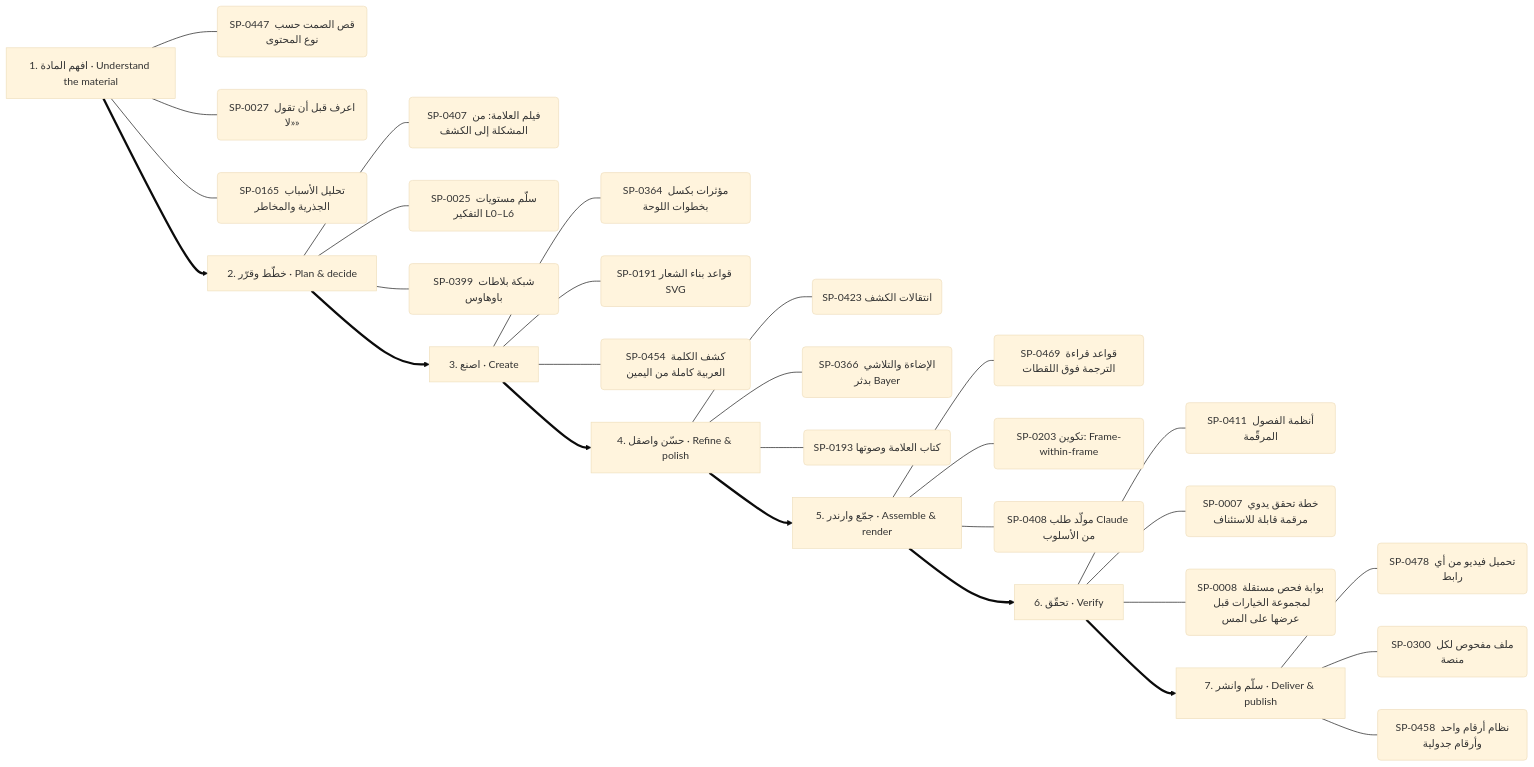
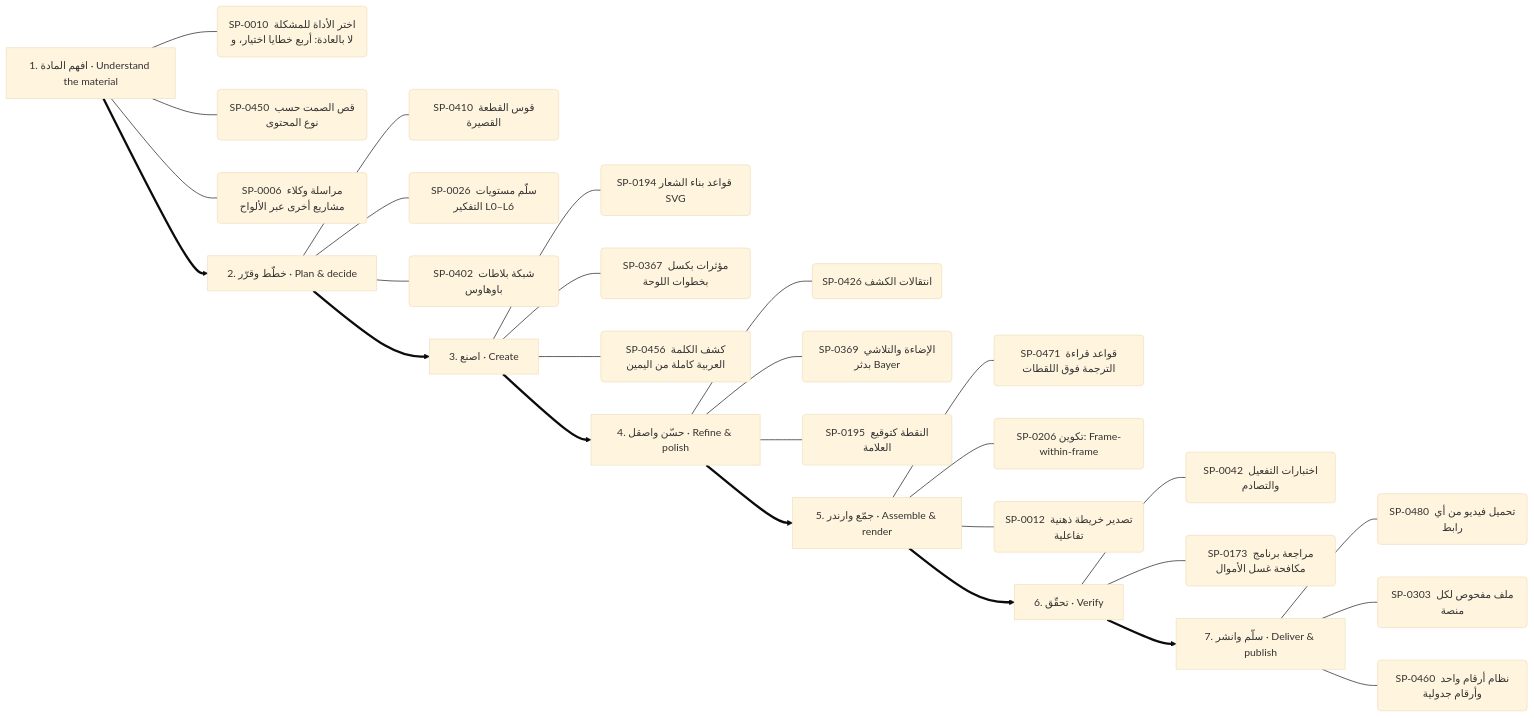
Before and after one commit to kosif199022-jpg/kosif-tool: the sixth of 13 diagrams in .claude/skills/kosif-superpowers/references/capability-mindmap.md, drawn with Mermaid (base theme). The commit also changed other lines of this file and 153 other files, not shown here.

````diff
--- a/.claude/skills/kosif-superpowers/references/capability-mindmap.md
+++ b/.claude/skills/kosif-superpowers/references/capability-mindmap.md
@@ -318,37 +314,36 @@
 ```mermaid
 flowchart LR
   S0["1. افهم المادة · Understand the material"]
-  S0 --- S0_0("SP-0447 قص الصمت حسب نوع المحتوى")
-  S0 --- S0_1("SP-0027 اعرف قبل أن تقول «لا»")
-  S0 --- S0_2("SP-0165 تحليل الأسباب الجذرية والمخاطر")
+  S0 --- S0_0("SP-0010 اختر الأداة للمشكلة لا بالعادة: أربع خطايا اختيار، و")
+  S0 --- S0_1("SP-0450 قص الصمت حسب نوع المحتوى")
+  S0 --- S0_2("SP-0006 مراسلة وكلاء مشاريع أخرى عبر الألواح")
   S1["2. خطّط وقرّر · Plan & decide"]
-  S1 --- S1_0("SP-0407 فيلم العلامة: من المشكلة إلى الكشف")
-  S1 --- S1_1("SP-0025 سلّم مستويات التفكير L0–L6")
-  S1 --- S1_2("SP-0399 شبكة بلاطات باوهاوس")
+  S1 --- S1_0("SP-0410 قوس القطعة القصيرة")
+  S1 --- S1_1("SP-0026 سلّم مستويات التفكير L0–L6")
+  S1 --- S1_2("SP-0402 شبكة بلاطات باوهاوس")
   S0 ==> S1
   S2["3. اصنع · Create"]
-  S2 --- S2_0("SP-0364 مؤثرات بكسل بخطوات اللوحة")
-  S2 --- S2_1("SP-0191 قواعد بناء الشعار SVG")
-  S2 --- S2_2("SP-0454 كشف الكلمة العربية كاملة من اليمين")
+  S2 --- S2_0("SP-0194 قواعد بناء الشعار SVG")
+  S2 --- S2_1("SP-0367 مؤثرات بكسل بخطوات اللوحة")
+  S2 --- S2_2("SP-0456 كشف الكلمة العربية كاملة من اليمين")
   S1 ==> S2
   S3["4. حسّن واصقل · Refine & polish"]
-  S3 --- S3_0("SP-0423 انتقالات الكشف")
-  S3 --- S3_1("SP-0366 الإضاءة والتلاشي بدثر Bayer")
-  S3 --- S3_2("SP-0193 كتاب العلامة وصوتها")
+  S3 --- S3_0("SP-0426 انتقالات الكشف")
+  S3 --- S3_1("SP-0369 الإضاءة والتلاشي بدثر Bayer")
+  S3 --- S3_2("SP-0195 النقطة كتوقيع العلامة")
   S2 ==> S3
   S4["5. جمّع وارندر · Assemble & render"]
-  S4 --- S4_0("SP-0469 قواعد قراءة الترجمة فوق اللقطات")
-  S4 --- S4_1("SP-0203 تكوين: Frame-within-frame")
-  S4 --- S4_2("SP-0408 مولّد طلب Claude من الأسلوب")
+  S4 --- S4_0("SP-0471 قواعد قراءة الترجمة فوق اللقطات")
+  S4 --- S4_1("SP-0206 تكوين: Frame-within-frame")
+  S4 --- S4_2("SP-0012 تصدير خريطة ذهنية تفاعلية")
   S3 ==> S4
   S5["6. تحقّق · Verify"]
-  S5 --- S5_0("SP-0411 أنظمة الفصول المرقّمة")
-  S5 --- S5_1("SP-0007 خطة تحقق يدوي مرقمة قابلة للاستئناف")
-  S5 --- S5_2("SP-0008 بوابة فحص مستقلة لمجموعة الخيارات قبل عرضها على المس")
+  S5 --- S5_0("SP-0042 اختبارات التفعيل والتصادم")
+  S5 --- S5_1("SP-0173 مراجعة برنامج مكافحة غسل الأموال")
   S4 ==> S5
   S6["7. سلّم وانشر · Deliver & publish"]
-  S6 --- S6_0("SP-0478 تحميل فيديو من أي رابط")
-  S6 --- S6_1("SP-0300 ملف مفحوص لكل منصة")
-  S6 --- S6_2("SP-0458 نظام أرقام واحد وأرقام جدولية")
+  S6 --- S6_0("SP-0480 تحميل فيديو من أي رابط")
+  S6 --- S6_1("SP-0303 ملف مفحوص لكل منصة")
+  S6 --- S6_2("SP-0460 نظام أرقام واحد وأرقام جدولية")
   S5 ==> S6
 ```
````
